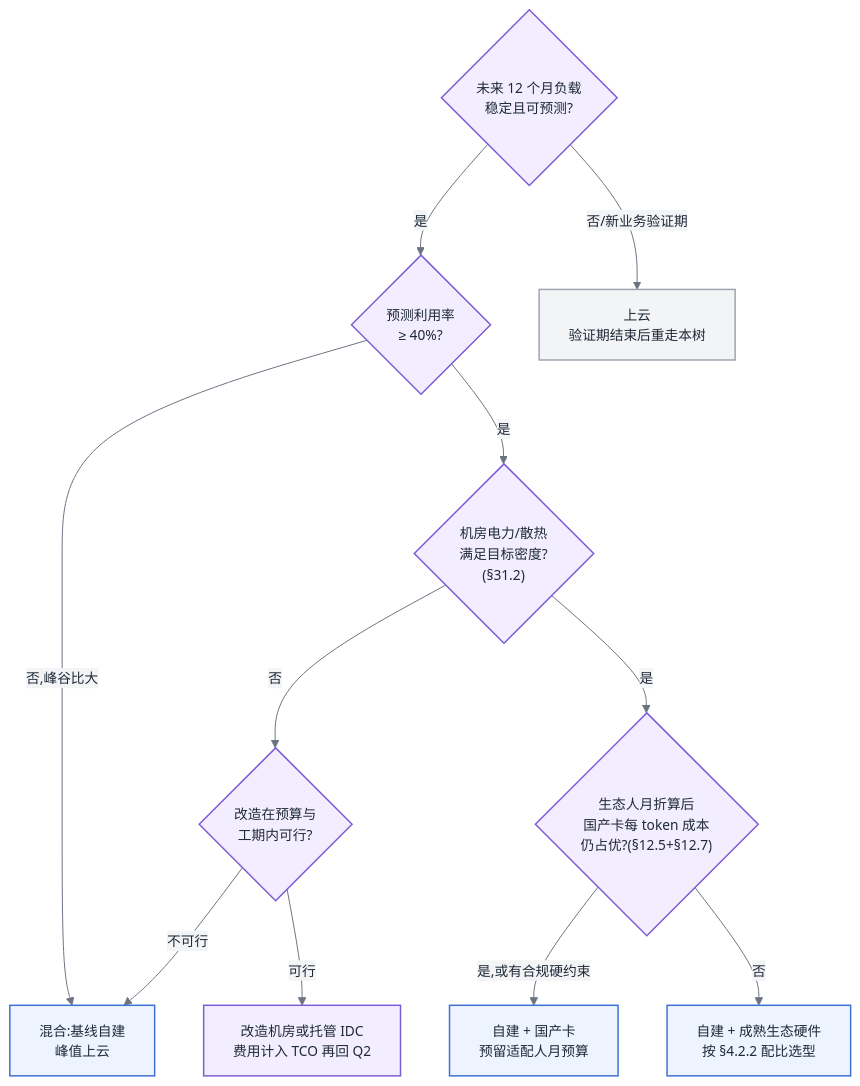
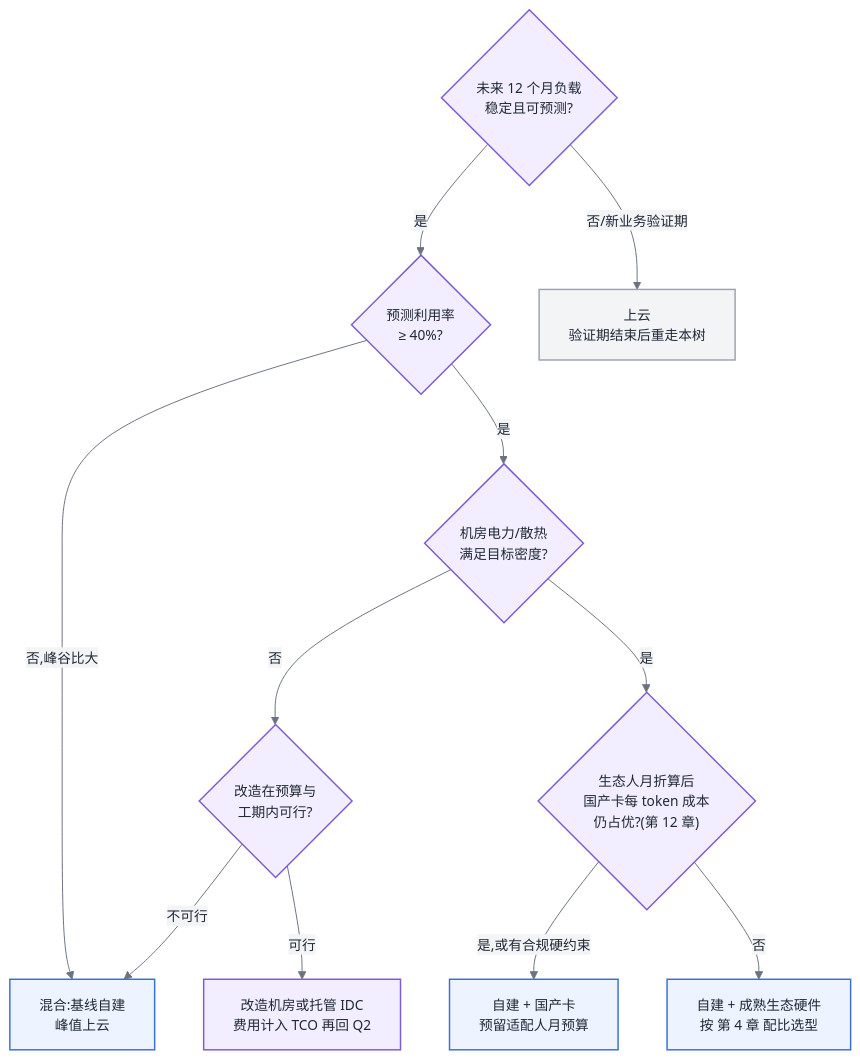
The fourth of 4 diagrams in 第七部分-工程化与治理/第31章-容量、成本与SLO.md (cdavid817/AI-Infra), drawn with Mermaid before and after one commit. The commit also changed other lines of this file and 12 other files, not shown here.

Commit message:
mermaid 图内不再出现 §X.Y 小节引用:本章自引删除,跨章引用改为「第 X 章」表述(13 文件 28 处)

````diff
--- a/第七部分-工程化与治理/第31章-容量、成本与SLO.md
+++ b/第七部分-工程化与治理/第31章-容量、成本与SLO.md
@@ -263,34 +263,34 @@
 ```mermaid
 %%{init: {'theme':'base','themeVariables':{
   'primaryColor':'#EEF4FF','primaryBorderColor':'#3B6FD4','primaryTextColor':'#1F2937',
   'secondaryColor':'#F3F4F6','tertiaryColor':'#FFFFFF',
   'lineColor':'#6B7280','fontFamily':'-apple-system, Segoe UI, Helvetica, Arial, sans-serif','fontSize':'14px'
 }}}%%
 flowchart TB
   classDef control fill:#F3EEFF,stroke:#7C5CD4,stroke-width:1.5px,color:#1F2937
   classDef compute fill:#EEF4FF,stroke:#3B6FD4,stroke-width:1.5px,color:#1F2937
   classDef external fill:#F3F4F6,stroke:#9CA3AF,stroke-width:1.5px,color:#1F2937
   classDef bottleneck fill:#FDECEC,stroke:#D64545,stroke-width:1.5px,color:#1F2937
 
   Q1{"未来 12 个月负载<br/>稳定且可预测?"}:::control
   Q2{"预测利用率<br/>≥ 40%?"}:::control
-  Q3{"机房电力/散热<br/>满足目标密度?<br/>(§31.2)"}:::control
-  Q4{"生态人月折算后<br/>国产卡每 token 成本<br/>仍占优?(§12.5+§12.7)"}:::control
+  Q3{"机房电力/散热<br/>满足目标密度?<br/>"}:::control
+  Q4{"生态人月折算后<br/>国产卡每 token 成本<br/>仍占优?(第 12 章)"}:::control
   Q5{"改造在预算与<br/>工期内可行?"}:::control
   CLOUD["上云<br/>验证期结束后重走本树"]:::external
   HYBRID["混合:基线自建<br/>峰值上云"]:::compute
   DOM["自建 + 国产卡<br/>预留适配人月预算"]:::compute
-  NV["自建 + 成熟生态硬件<br/>按 §4.2.2 配比选型"]:::compute
+  NV["自建 + 成熟生态硬件<br/>按 第 4 章 配比选型"]:::compute
   RETRO["改造机房或托管 IDC<br/>费用计入 TCO 再回 Q2"]:::control
 
   Q1 -->|"否/新业务验证期"| CLOUD
   Q1 -->|"是"| Q2
   Q2 -->|"否,峰谷比大"| HYBRID
   Q2 -->|"是"| Q3
   Q3 -->|"否"| Q5
   Q5 -->|"可行"| RETRO
   Q5 -->|"不可行"| HYBRID
   Q3 -->|"是"| Q4
   Q4 -->|"是,或有合规硬约束"| DOM
   Q4 -->|"否"| NV
 ```
````
